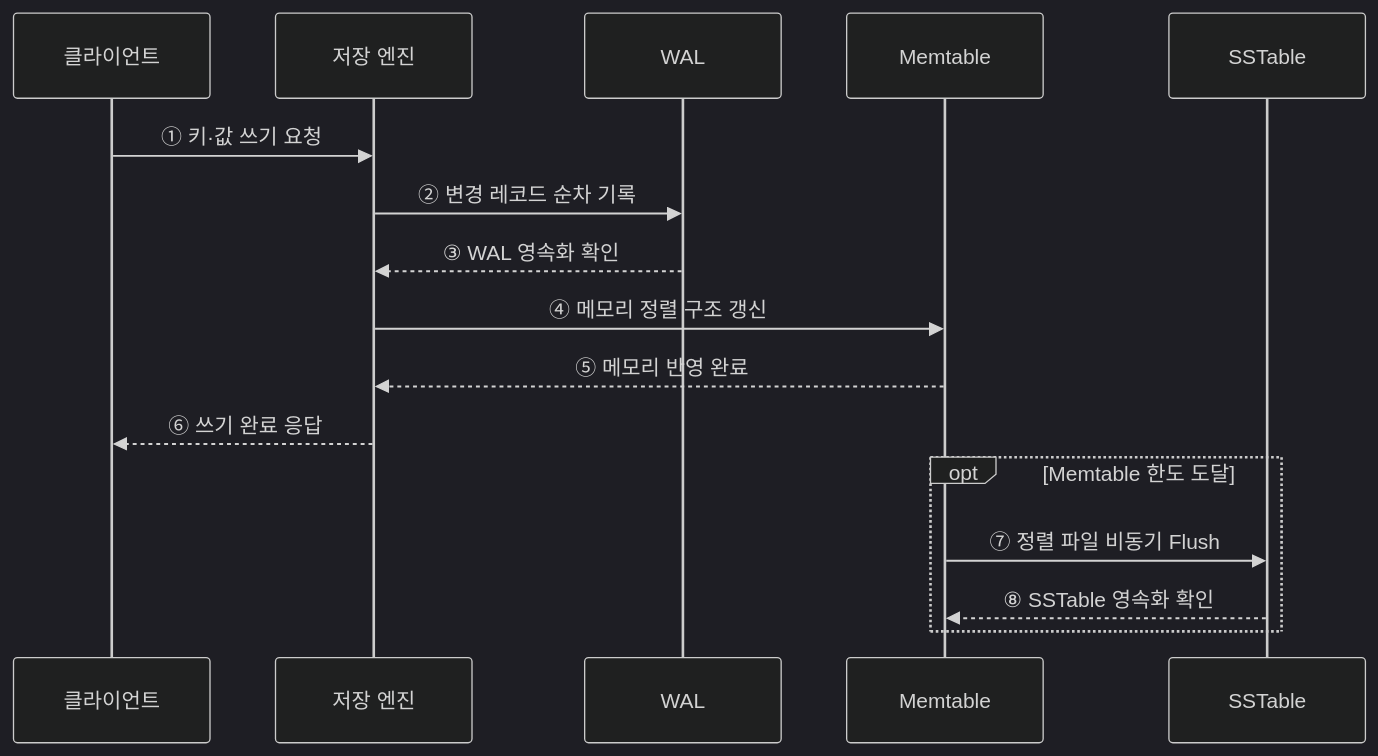
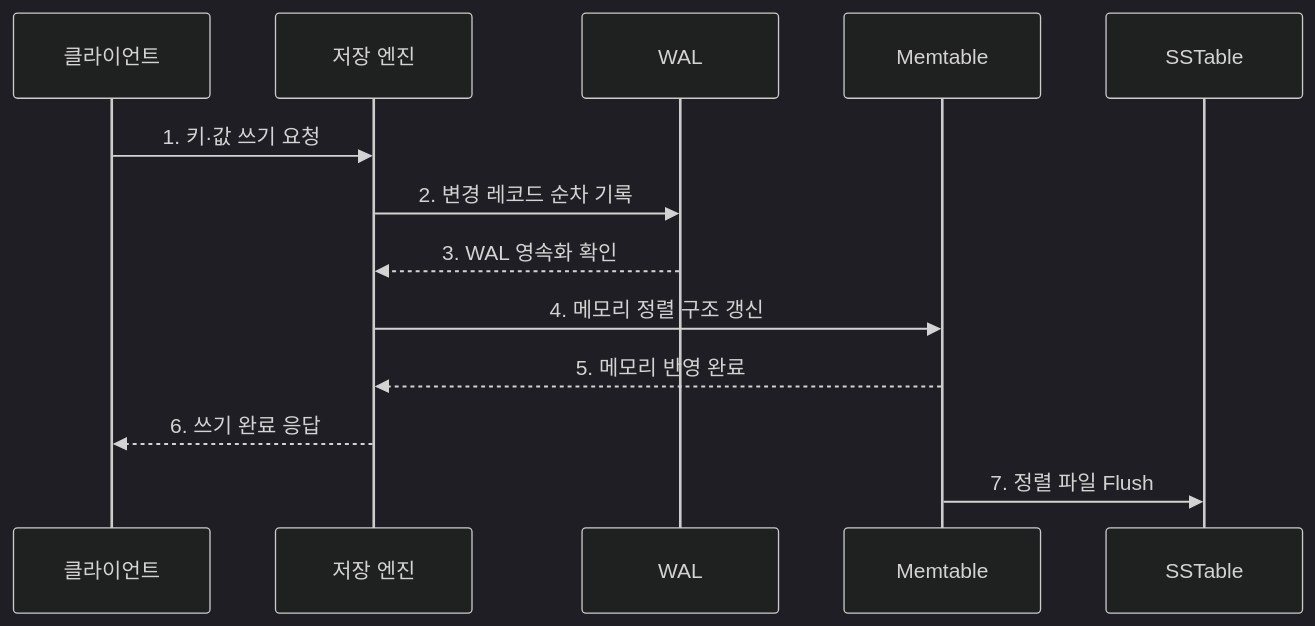
One commit to agnusdei1207/knowledge-base changed the second of 2 diagrams in src/content/docs/notes/03-software/097_btree_vs_lsm_tree.md. Above: the diagram before and after it, drawn with Mermaid (dark theme). The commit also changed other lines of this file and 20 other files, not shown here.

````diff
--- a/src/content/docs/notes/03-software/097_btree_vs_lsm_tree.md
+++ b/src/content/docs/notes/03-software/097_btree_vs_lsm_tree.md
@@ -71,18 +78,15 @@
 ```mermaid
 sequenceDiagram
     participant C as 클라이언트
     participant E as 저장 엔진
     participant W as WAL
     participant M as Memtable
     participant S as SSTable
-    C->>E: ① 키·값 쓰기 요청
-    E->>W: ② 변경 레코드 순차 기록
-    W-->>E: ③ WAL 영속화 확인
-    E->>M: ④ 메모리 정렬 구조 갱신
-    M-->>E: ⑤ 메모리 반영 완료
-    E-->>C: ⑥ 쓰기 완료 응답
-    opt Memtable 한도 도달
-        M->>S: ⑦ 정렬 파일 비동기 Flush
-        S-->>M: ⑧ SSTable 영속화 확인
-    end
+    C->>E: 1. 키·값 쓰기 요청
+    E->>W: 2. 변경 레코드 순차 기록
+    W-->>E: 3. WAL 영속화 확인
+    E->>M: 4. 메모리 정렬 구조 갱신
+    M-->>E: 5. 메모리 반영 완료
+    E-->>C: 6. 쓰기 완료 응답
+    M->>S: 7. 정렬 파일 Flush
 ```
````
